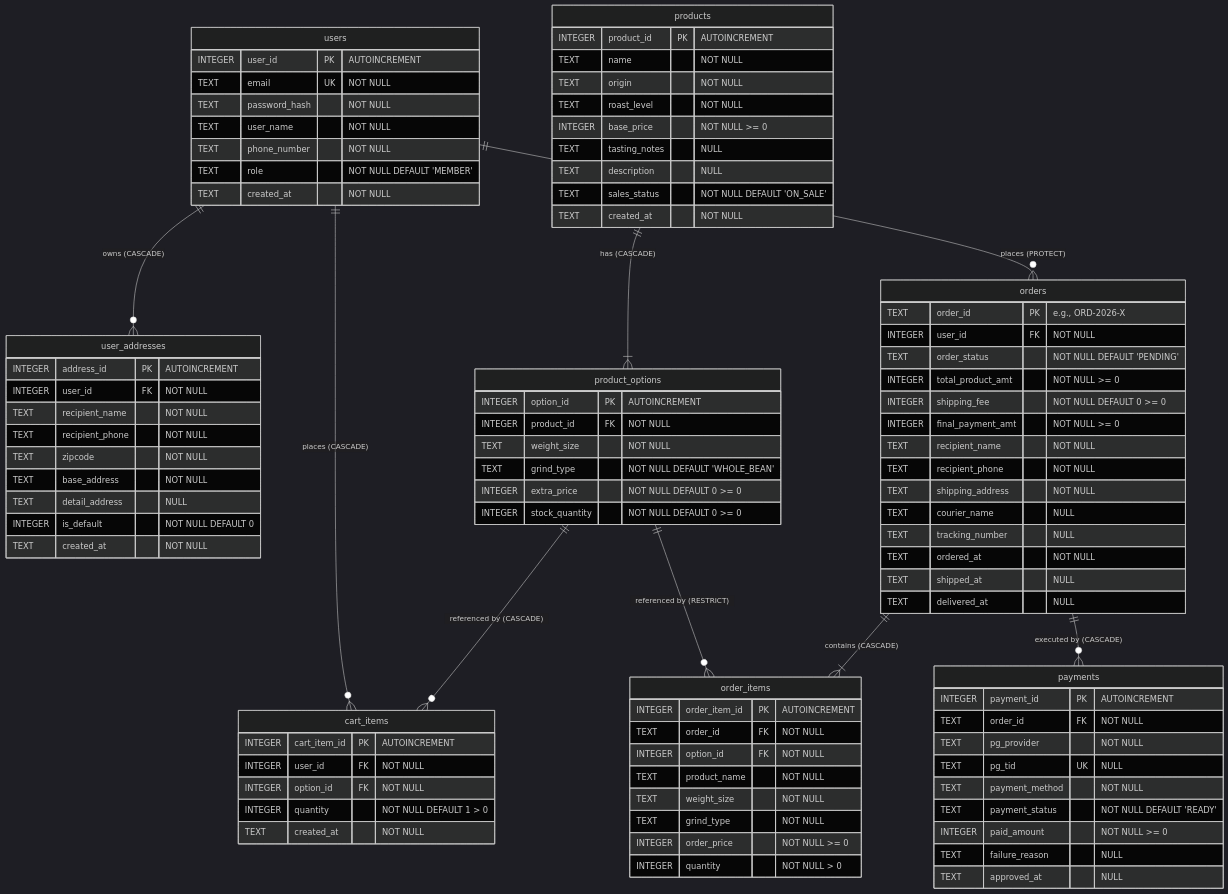
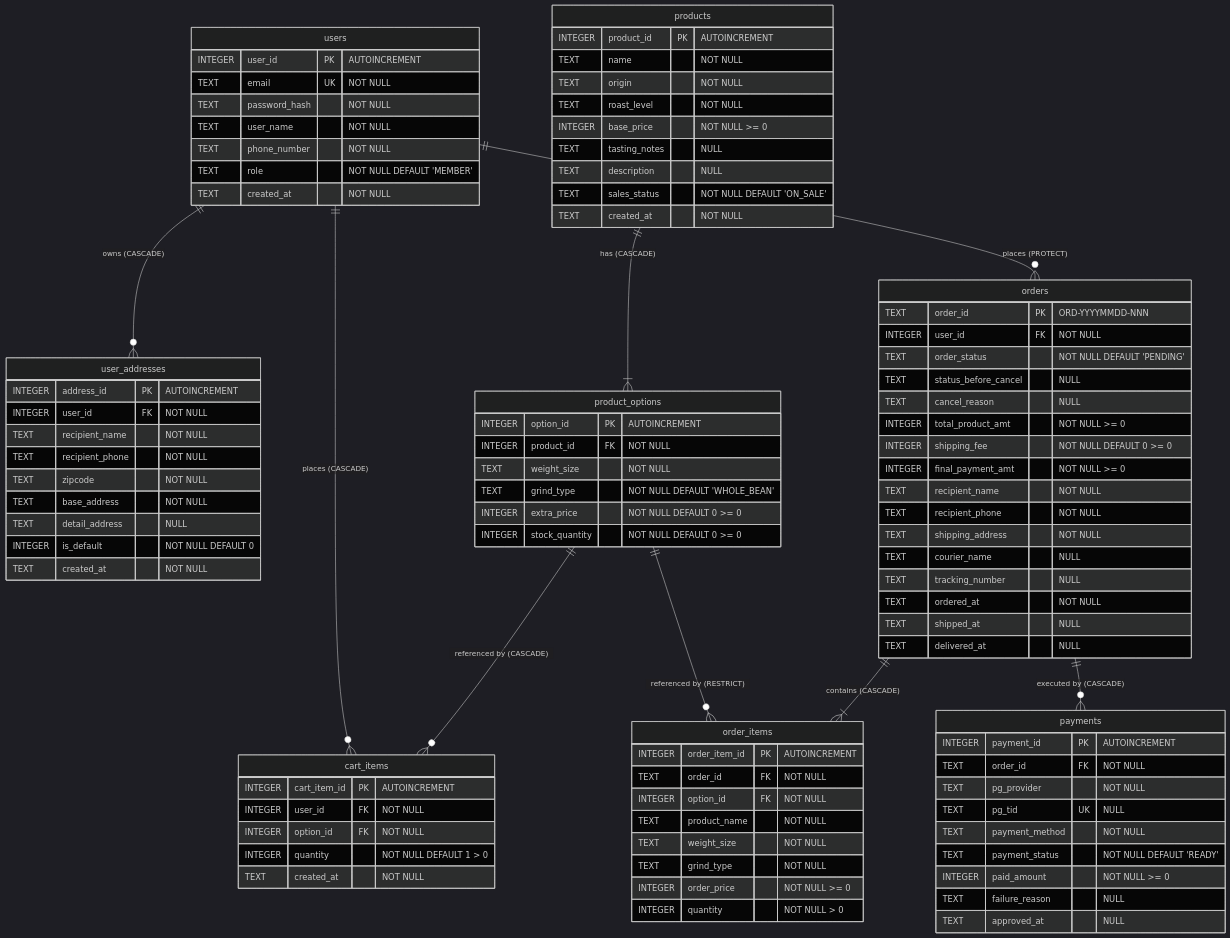
The diagram in docs/backend/table-specification.md (seren-wib/coffee-shop), drawn with Mermaid (dark theme) before and after one commit. The commit also changed other lines of this file and 33 other files, not shown here.

```diff
--- a/docs/backend/table-specification.md
+++ b/docs/backend/table-specification.md
@@ -81,9 +81,11 @@
     }
 
     orders {
-        TEXT order_id PK "e.g., ORD-2026-X"
+        TEXT order_id PK "ORD-YYYYMMDD-NNN"
         INTEGER user_id FK "NOT NULL"
         TEXT order_status "NOT NULL DEFAULT 'PENDING'"
+        TEXT status_before_cancel "NULL"
+        TEXT cancel_reason "NULL"
         INTEGER total_product_amt "NOT NULL >= 0"
         INTEGER shipping_fee "NOT NULL DEFAULT 0 >= 0"
         INTEGER final_payment_amt "NOT NULL >= 0"
```
